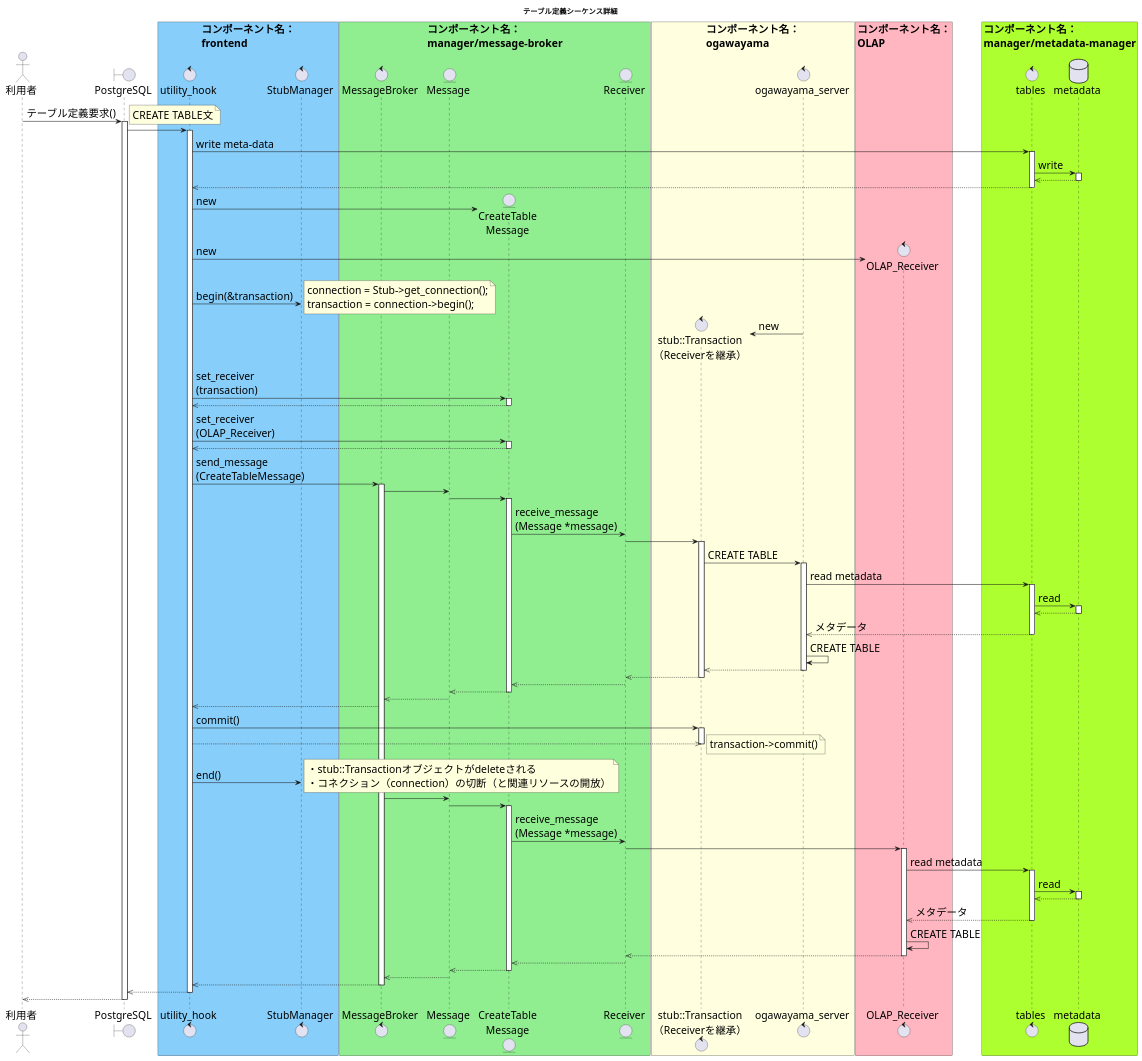
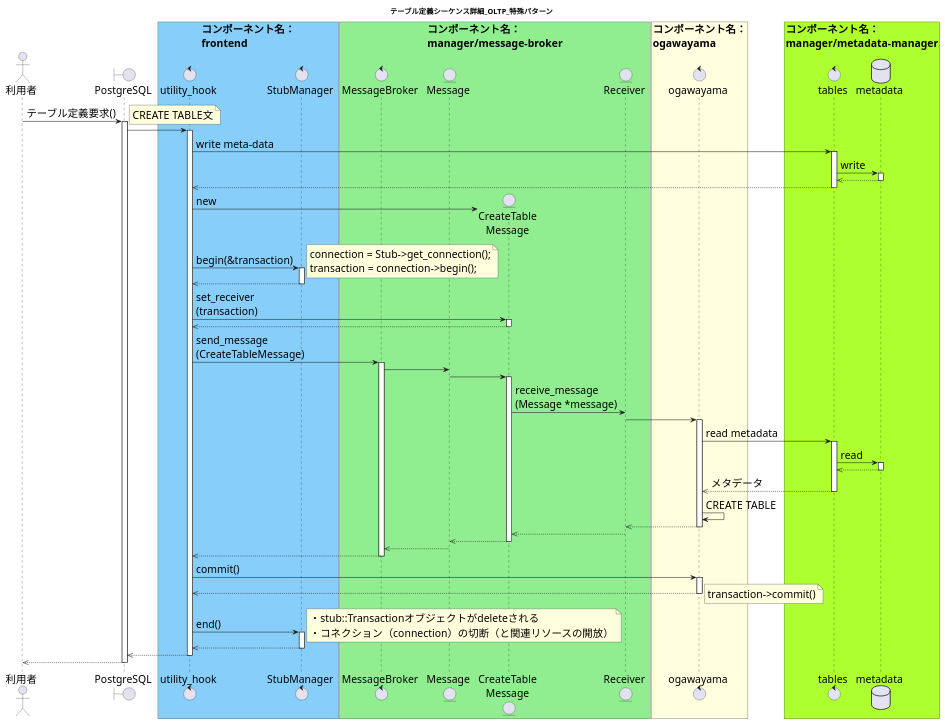
Before and after one commit to project-tsurugi/tsurugi_fdw: the first of 2 diagrams in docs/design/img/CREATE_TABLE_detail.pu, drawn with PlantUML. The commit also changed other lines of this file and 6 other files, not shown here.

Commit message:
Separate sequence diagram for OLAP and OLTP, and Separate functional and technical document

```diff
--- a/docs/design/img/CREATE_TABLE_detail.pu
+++ b/docs/design/img/CREATE_TABLE_detail.pu
@@ -5,147 +5,114 @@
-@startuml テーブル定義シーケンス詳細
+@startuml テーブル定義シーケンス詳細_OLTP_特殊パターン
 skinparam defaultFontSize 20
 
-title テーブル定義シーケンス詳細
+title テーブル定義シーケンス詳細_OLTP_特殊パターン
 
 actor 利用者
 boundary PostgreSQL
 
 box "コンポーネント名：\nfrontend" #LightSkyBlue
 control utility_hook
 control StubManager
 end box
 
 box "コンポーネント名：\nmanager/message-broker" #LightGreen
 control MessageBroker
 entity Message
 entity "CreateTable\nMessage" as concrete_message
 entity Receiver
 end box
 
 box "コンポーネント名：\nogawayama" #LightYellow
-control "stub::Transaction\n（Receiverを継承）" as tran
-control "ogawayama_server" as ogawayama
-end box
-
-box "コンポーネント名：\nOLAP" #LightPink
-control "OLAP_Receiver" as olap_receiver
+control "ogawayama" as ogawayama
 end box
 
 box "コンポーネント名：\nmanager/metadata-manager" #GreenYellow
 control tables
 database metadata
 end box
 
 利用者 -> PostgreSQL : テーブル定義要求()
 activate PostgreSQL
 note right
 CREATE TABLE文
 end note
 
 PostgreSQL -> utility_hook
 activate utility_hook
   ' write meta-data
   utility_hook -> tables : write meta-data
   activate tables
     tables -> metadata : write
     activate metadata
     tables <<-- metadata
     deactivate metadata
     utility_hook <<-- tables
   deactivate tables
 
   ' create objects
   create concrete_message
   utility_hook -> concrete_message : new
-  create olap_receiver
-  utility_hook -> olap_receiver : new
 
   ' set receiver
   utility_hook -> StubManager : begin(&transaction)
+  activate StubManager
   note right
   connection = Stub->get_connection();
   transaction = connection->begin();
   end note
-  create tran
-  ogawayama -> tran : new
+  utility_hook <<-- StubManager
+  deactivate StubManager
   utility_hook -> concrete_message : set_receiver\n(transaction)
-  activate concrete_message
-    utility_hook <<-- concrete_message
-  deactivate concrete_message
-  utility_hook -> concrete_message : set_receiver\n(OLAP_Receiver)
   activate concrete_message
     utility_hook <<-- concrete_message
   deactivate concrete_message
 
   ' send message to MessageBroker
   utility_hook -> MessageBroker : send_message\n(CreateTableMessage)
   activate MessageBroker
 
   ' execute command
   MessageBroker -> Message
   Message -> concrete_message
   activate concrete_message
     concrete_message -> Receiver : receive_message\n(Message *message)
-    Receiver -> tran
-    activate tran
-      tran -> ogawayama : CREATE TABLE
+    Receiver -> ogawayama
       activate ogawayama
       ogawayama -> tables : read metadata
       activate tables
         tables -> metadata : read
         activate metadata
         tables <<-- metadata
         deactivate metadata
         ogawayama <<-- tables : メタデータ
       deactivate tables
       ogawayama -> ogawayama : CREATE TABLE
-      tran <<-- ogawayama
+      Receiver <<-- ogawayama
       deactivate ogawayama
-    Receiver <<-- tran
-    deactivate tran
     concrete_message <<-- Receiver
   Message <<-- concrete_message
   deactivate concrete_message
   MessageBroker <<-- Message
   utility_hook <<-- MessageBroker
-  utility_hook -> tran : commit()
-  activate tran
-  tran <<-- utility_hook
-  deactivate tran
+  deactivate MessageBroker
+  utility_hook -> ogawayama : commit()
+  activate ogawayama
+  utility_hook <<-- ogawayama
+  deactivate ogawayama
   note right
   transaction->commit()
   end note
   utility_hook -> StubManager : end()
+  activate StubManager
   note right
   ・stub::Transactionオブジェクトがdeleteされる
   ・コネクション（connection）の切断（と関連リソースの開放）
   end note
-  MessageBroker -> Message
-  Message -> concrete_message
-  activate concrete_message
-    concrete_message -> Receiver : receive_message\n(Message *message)
-    Receiver -> olap_receiver
-    activate olap_receiver
-      olap_receiver -> tables : read metadata
-      activate tables
-        tables -> metadata : read
-        activate metadata
-        tables <<-- metadata
-        deactivate metadata
-        olap_receiver <<-- tables : メタデータ
-      deactivate tables
-      olap_receiver -> olap_receiver : CREATE TABLE
-      Receiver <<-- olap_receiver
-      deactivate olap_receiver
-      concrete_message <<-- Receiver
-  Message <<-- concrete_message
-  deactivate concrete_message
-  MessageBroker <<-- Message
-  utility_hook <<-- MessageBroker
-  deactivate MessageBroker
+  utility_hook <<-- StubManager
+  deactivate StubManager
 PostgreSQL <<-- utility_hook
 deactivate utility_hook
 利用者 <<-- PostgreSQL
 deactivate PostgreSQL
 
 @enduml
```
